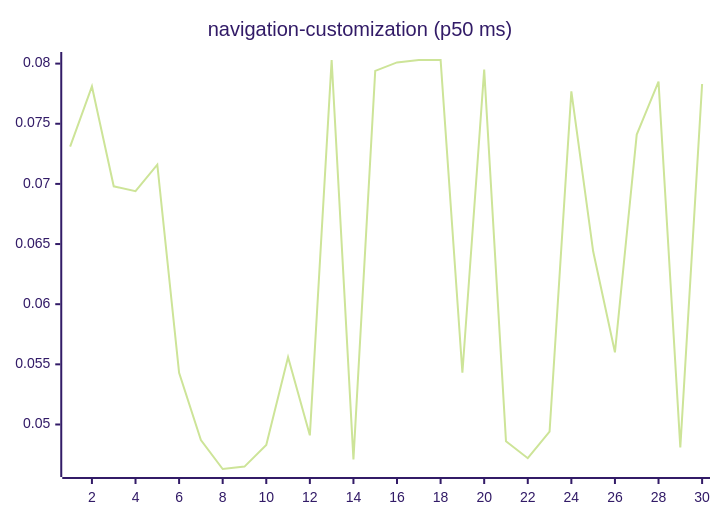
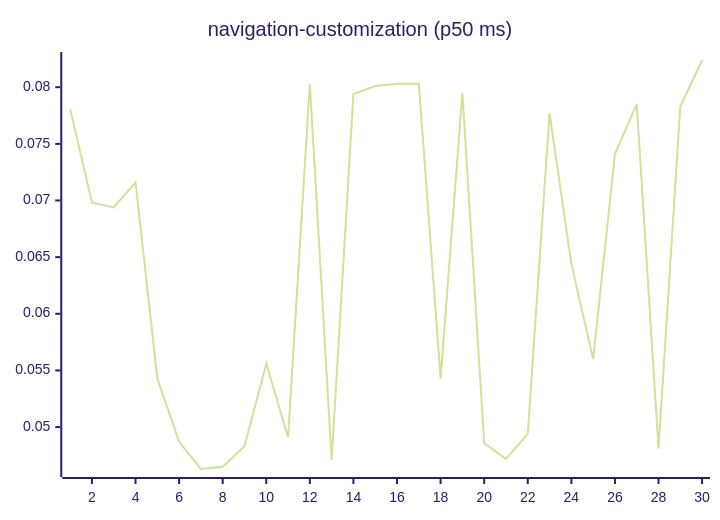
Diagram 15 of 27 in README.md (josha/Facet), drawn with Mermaid (forest theme) before and after one commit. The commit also changed other lines of this file and 2 other files, not shown here.

````diff
--- a/README.md
+++ b/README.md
@@ -161,6 +161,6 @@
 ```mermaid
 xychart-beta
     title "navigation-customization (p50 ms)"
     x-axis 1 --> 30
-    line [0.0731, 0.0781, 0.0698, 0.0694, 0.0716, 0.0543, 0.0487, 0.0463, 0.0465, 0.0483, 0.0556, 0.0491, 0.0803, 0.0471, 0.0794, 0.0801, 0.0803, 0.0803, 0.0543, 0.0795, 0.0486, 0.0472, 0.0494, 0.0777, 0.0644, 0.0560, 0.0741, 0.0785, 0.0481, 0.0783]
+    line [0.0781, 0.0698, 0.0694, 0.0716, 0.0543, 0.0487, 0.0463, 0.0465, 0.0483, 0.0556, 0.0491, 0.0803, 0.0471, 0.0794, 0.0801, 0.0803, 0.0803, 0.0543, 0.0795, 0.0486, 0.0472, 0.0494, 0.0777, 0.0644, 0.0560, 0.0741, 0.0785, 0.0481, 0.0783, 0.0824]
 ```
````
